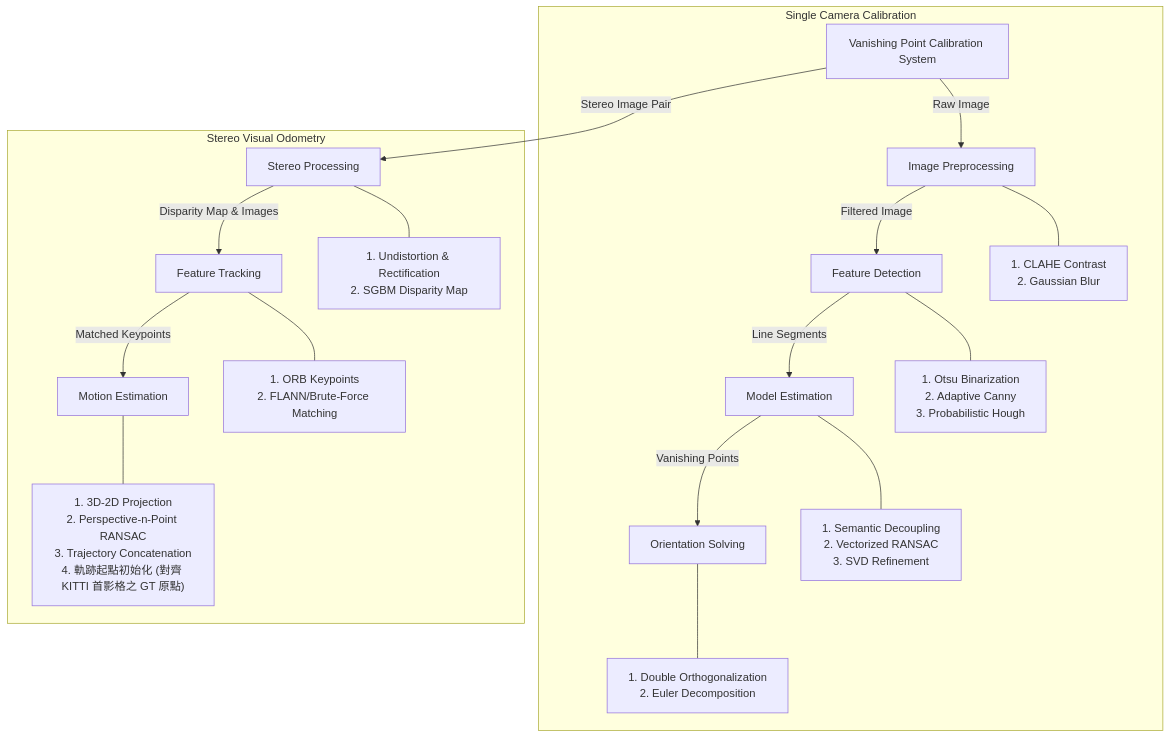
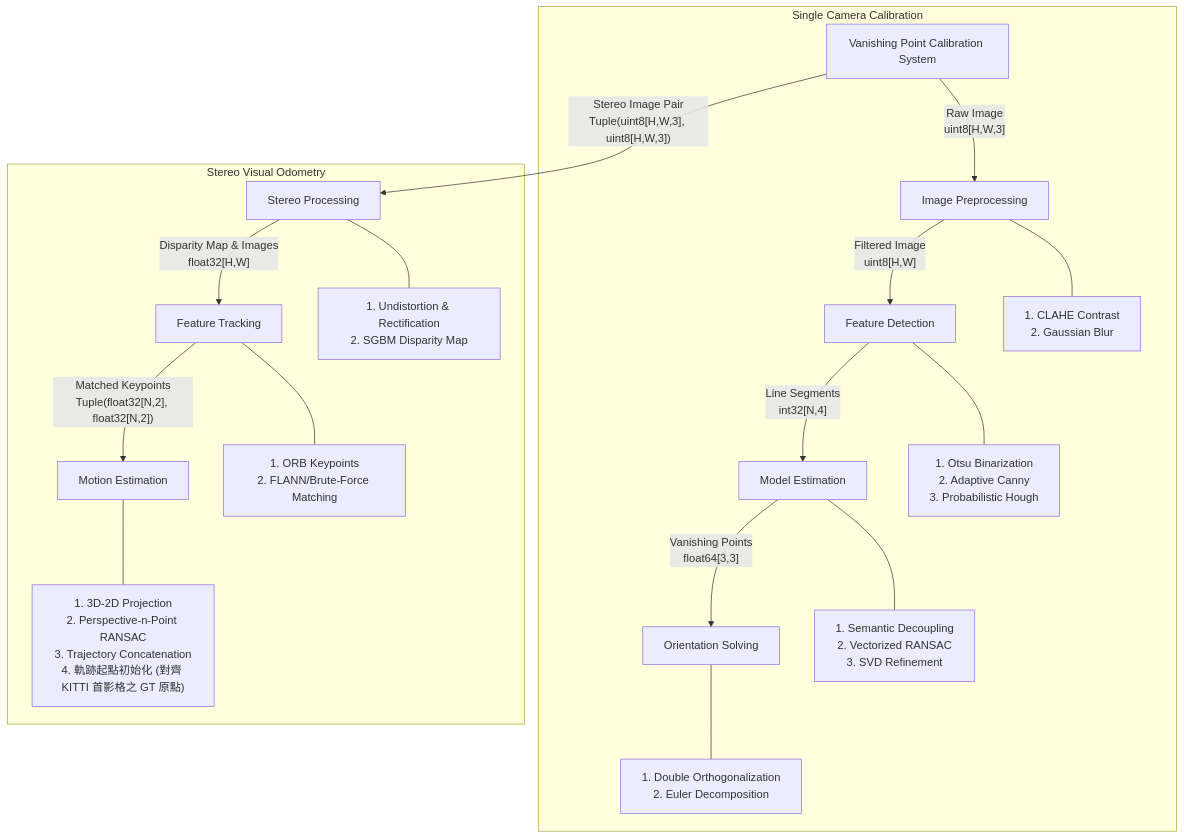
Before and after one commit to hank921109/114-2-Phone_Camera_Attitude: the diagram in README.md, drawn with Mermaid. The commit also changed other lines of this file, not shown here.

Commit message:
docs: add comprehensive datatype descriptions to DFD and API Table

````diff
--- a/README.md
+++ b/README.md
@@ -51,26 +51,26 @@
 ```mermaid
 graph TD
     System[Vanishing Point Calibration System]
     
     subgraph Single Camera Calibration
-        System -- "Raw Image" --> PRE[Image Preprocessing]
-        PRE -- "Filtered Image" --> DET[Feature Detection]
-        DET -- "Line Segments" --> RAN[Model Estimation]
-        RAN -- "Vanishing Points" --> POS[Orientation Solving]
+        System -- "Raw Image<br/>uint8[H,W,3]" --> PRE[Image Preprocessing]
+        PRE -- "Filtered Image<br/>uint8[H,W]" --> DET[Feature Detection]
+        DET -- "Line Segments<br/>int32[N,4]" --> RAN[Model Estimation]
+        RAN -- "Vanishing Points<br/>float64[3,3]" --> POS[Orientation Solving]
 
         PRE --- PRE_Desc["1. CLAHE Contrast<br/>2. Gaussian Blur"]
         DET --- DET_Desc["1. Otsu Binarization<br/>2. Adaptive Canny<br/>3. Probabilistic Hough"]
         RAN --- RAN_Desc["1. Semantic Decoupling<br/>2. Vectorized RANSAC<br/>3. SVD Refinement"]
         POS --- POS_Desc["1. Double Orthogonalization<br/>2. Euler Decomposition"]
     end
 
     subgraph Stereo Visual Odometry
-        System -- "Stereo Image Pair" --> VO_PRE[Stereo Processing]
-        VO_PRE -- "Disparity Map & Images" --> VO_FEAT[Feature Tracking]
-        VO_FEAT -- "Matched Keypoints" --> VO_MOT[Motion Estimation]
+        System -- "Stereo Image Pair<br/>Tuple(uint8[H,W,3], uint8[H,W,3])" --> VO_PRE[Stereo Processing]
+        VO_PRE -- "Disparity Map & Images<br/>float32[H,W]" --> VO_FEAT[Feature Tracking]
+        VO_FEAT -- "Matched Keypoints<br/>Tuple(float32[N,2], float32[N,2])" --> VO_MOT[Motion Estimation]
         
         VO_PRE --- VO_PRE_Desc["1. Undistortion & Rectification<br/>2. SGBM Disparity Map"]
         VO_FEAT --- VO_FEAT_Desc["1. ORB Keypoints<br/>2. FLANN/Brute-Force Matching"]
         VO_MOT --- VO_MOT_Desc["1. 3D-2D Projection<br/>2. Perspective-n-Point RANSAC<br/>3. Trajectory Concatenation<br/>4. 軌跡起點初始化 (對齊 KITTI 首影格之 GT 原點)"]
     end
 ```
````
